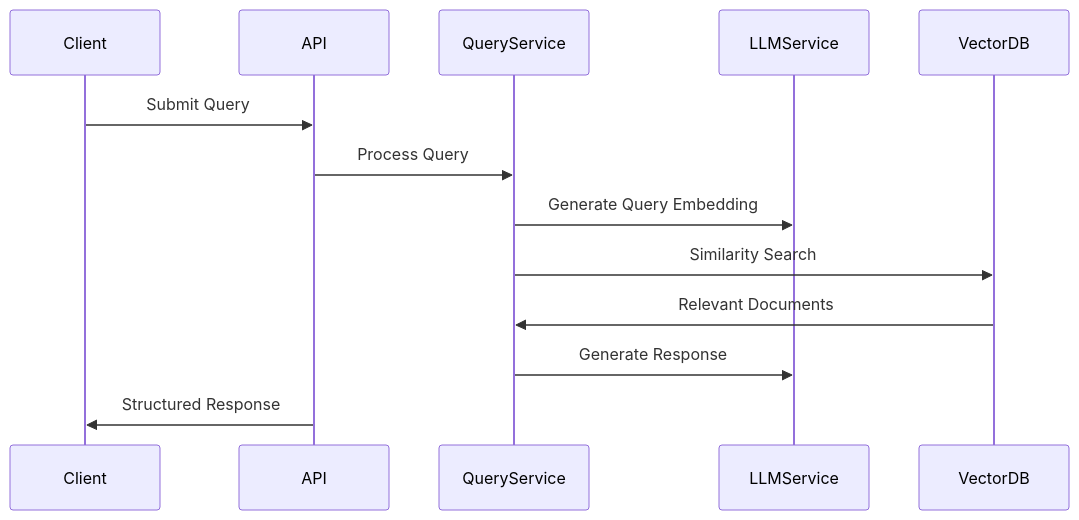
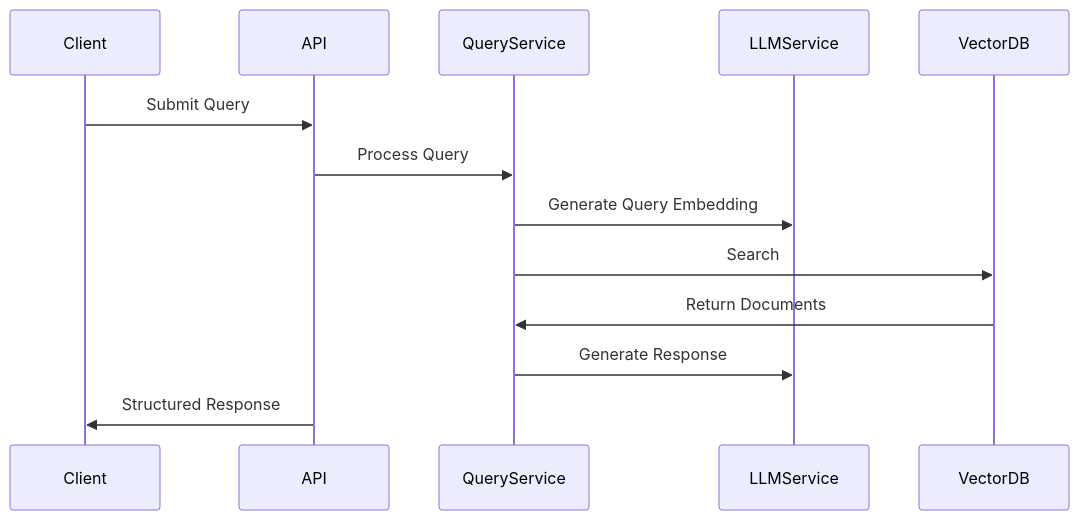
One commit to whyhow-ai/knowledge-table changed the third of 3 diagrams in backend/docs/architecture.md. Above: the diagram before and after it, drawn with Mermaid. The commit also changed other lines of this file and 15 other files, not shown here.

````diff
--- a/backend/docs/architecture.md
+++ b/backend/docs/architecture.md
@@ -127,10 +113,10 @@
-   ```mermaid
-   sequenceDiagram
-       Client->>API: Submit Query
-       API->>QueryService: Process Query
-       QueryService->>LLMService: Generate Query Embedding
-       QueryService->>VectorDB: Similarity Search
-       VectorDB->>QueryService: Relevant Documents
-       QueryService->>LLMService: Generate Response
-       API->>Client: Structured Response
-   ```
+```mermaid
+sequenceDiagram
+    Client->>API: Submit Query
+    API->>QueryService: Process Query
+    QueryService->>LLMService: Generate Query Embedding
+    QueryService->>VectorDB: Search
+    VectorDB->>QueryService: Return Documents
+    QueryService->>LLMService: Generate Response
+    API->>Client: Structured Response
+```
````
